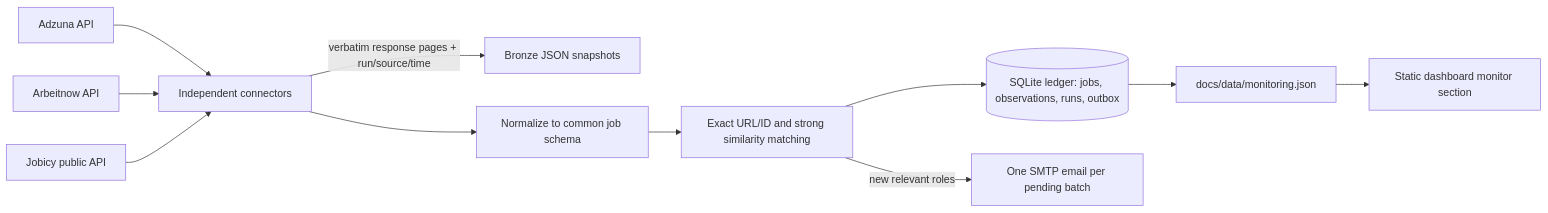
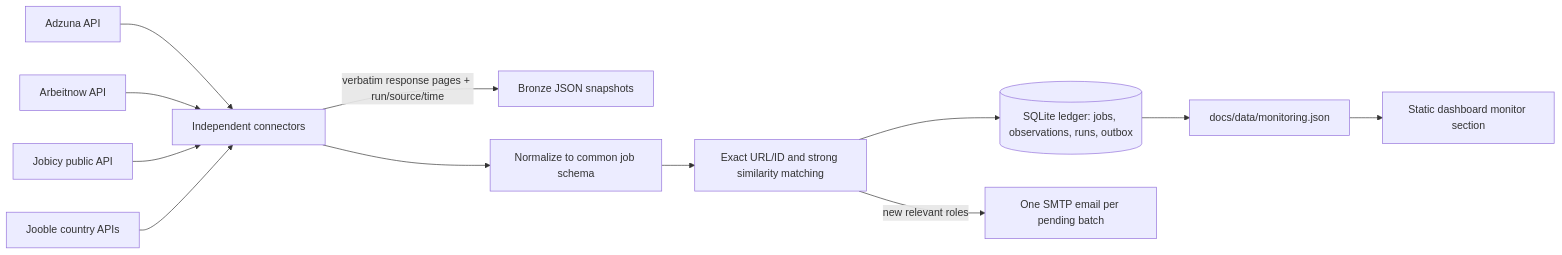
One commit to PredictivePro/DACH-data-job-market changed the diagram in docs/architecture.md. Above: the diagram before and after it, drawn with Mermaid. The commit also changed other lines of this file and 9 other files, not shown here.

````diff
--- a/docs/architecture.md
+++ b/docs/architecture.md
@@ -23,13 +24,14 @@
 ```mermaid
 flowchart LR
   A[Adzuna API] --> C[Independent connectors]
   B[Arbeitnow API] --> C
   J[Jobicy public API] --> C
+  Q[Jooble country APIs] --> C
   C -->|verbatim response pages + run/source/time| Br[Bronze JSON snapshots]
   C --> N[Normalize to common job schema]
   N --> D[Exact URL/ID and strong similarity matching]
   D --> S[(SQLite ledger: jobs, observations, runs, outbox)]
   D -->|new relevant roles| E[One SMTP email per pending batch]
   S --> G[docs/data/monitoring.json]
   G --> H[Static dashboard monitor section]
 ```
````
